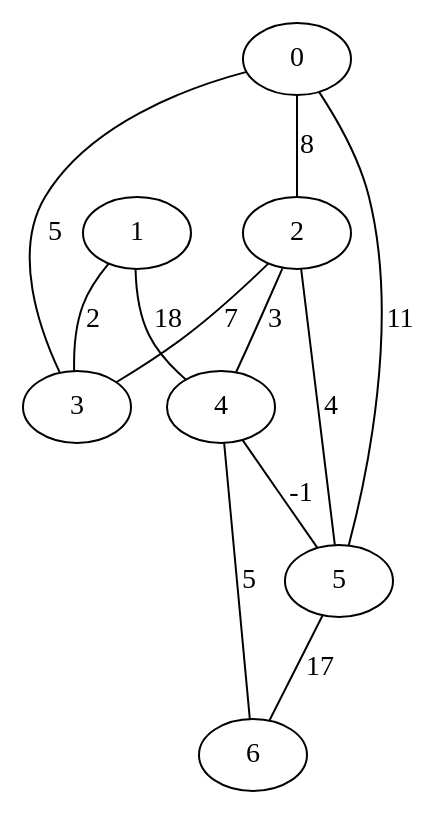
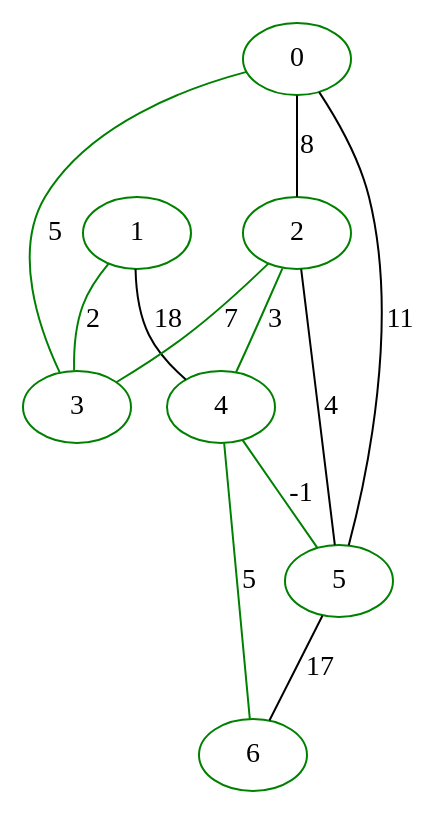
One commit to enzobonf/algoritmos-grafos changed the diagram in output.dot. Above: the diagram before and after it, drawn with Graphviz. The commit also changed 6 other files, not shown here.

```diff
--- a/output.dot
+++ b/output.dot
@@ -1,20 +1,20 @@
 graph G {
-0 [label="0"];
-1 [label="1"];
-2 [label="2"];
-3 [label="3"];
-4 [label="4"];
-5 [label="5"];
-6 [label="6"];
+0 [label="0", color=green];
+1 [label="1", color=green];
+2 [label="2", color=green];
+3 [label="3", color=green];
+4 [label="4", color=green];
+5 [label="5", color=green];
+6 [label="6", color=green];
 0 -- 2 [label="8"];
-0 -- 3 [label="5"];
+0 -- 3 [label="5", color=green];
 0 -- 5 [label="11"];
-1 -- 3 [label="2"];
+1 -- 3 [label="2", color=green];
 1 -- 4 [label="18"];
-2 -- 3 [label="7"];
-2 -- 4 [label="3"];
+2 -- 3 [label="7", color=green];
+2 -- 4 [label="3", color=green];
 2 -- 5 [label="4"];
-4 -- 5 [label="-1"];
-4 -- 6 [label="5"];
+4 -- 5 [label="-1", color=green];
+4 -- 6 [label="5", color=green];
 5 -- 6 [label="17"];
 }
```
